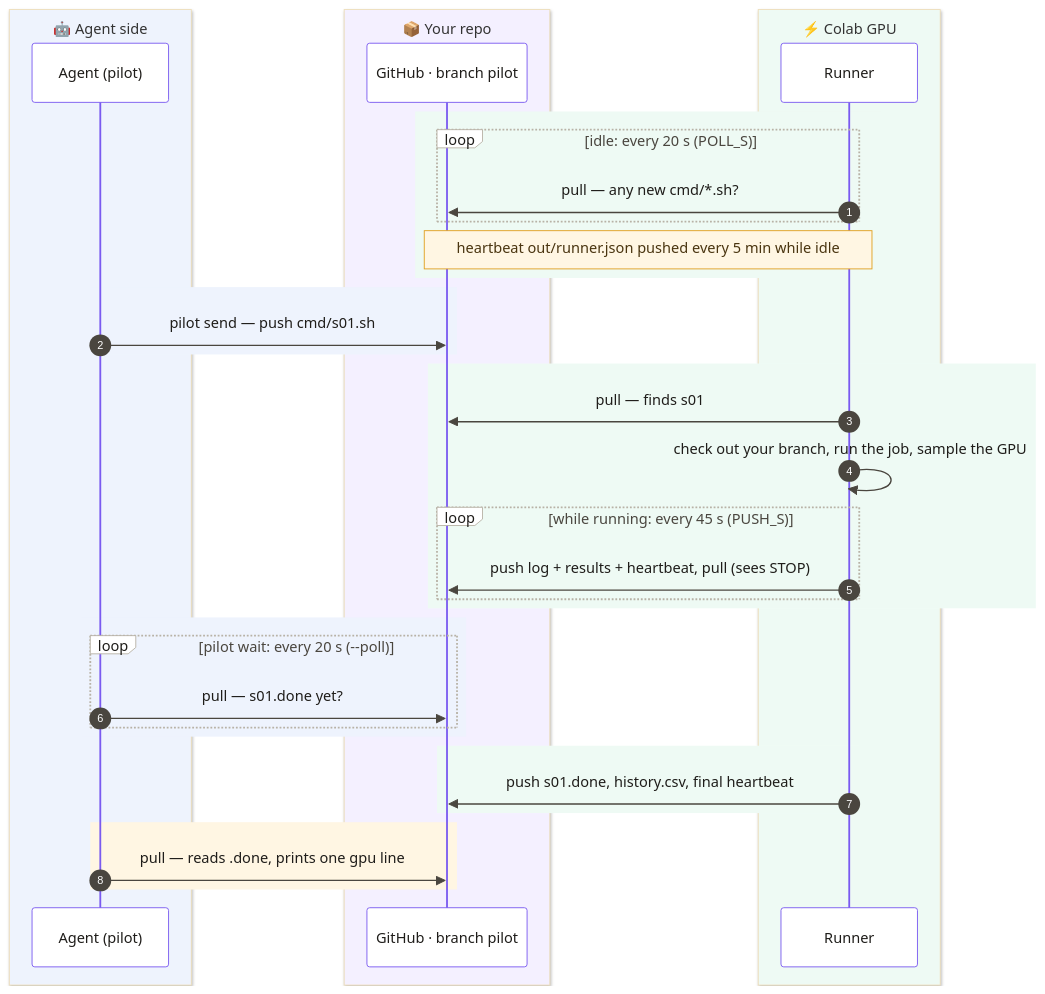
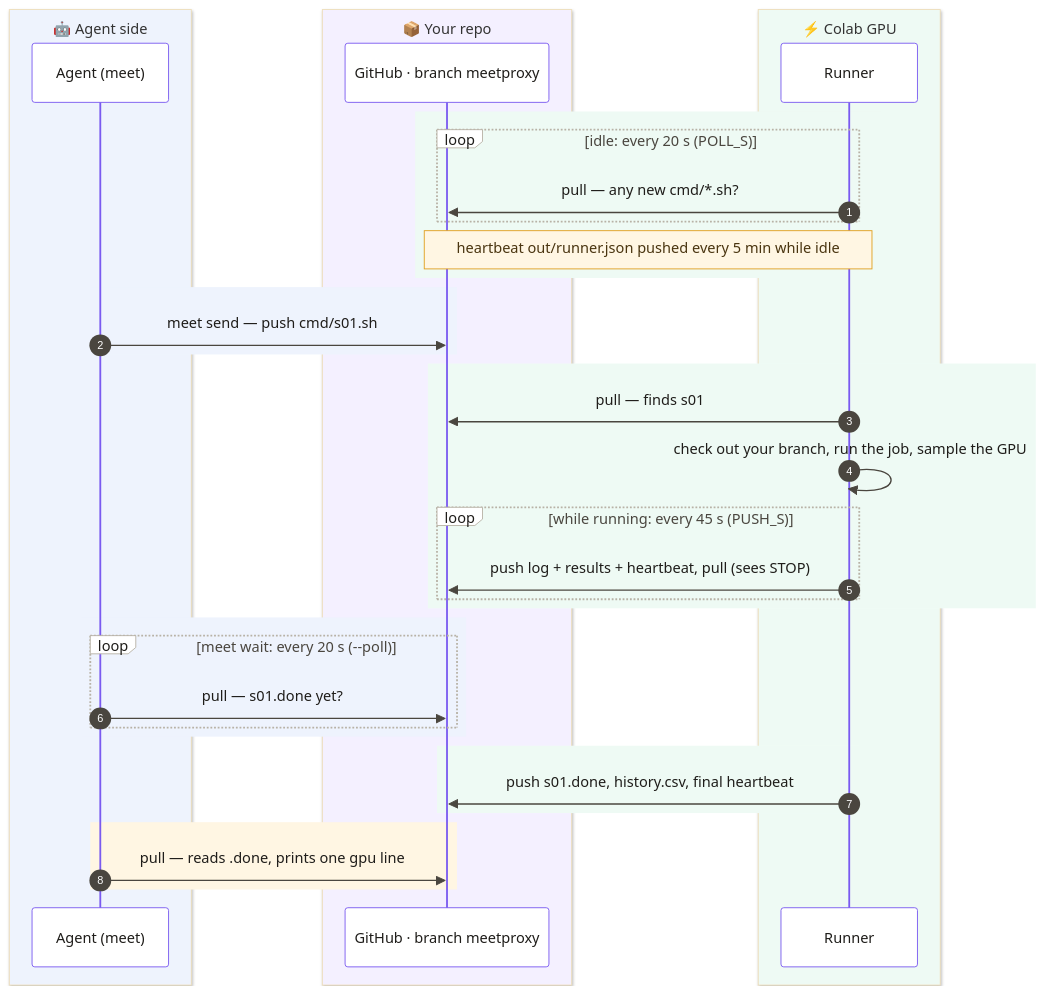
The third of 3 diagrams in docs/HOW-IT-WORKS.md (SergeyChere/MeetProxy), drawn with Mermaid before and after one commit. The commit also changed other lines of this file and 35 other files, not shown here.

First line of the commit message:
Rename: colab-pilot -> MeetProxy (0.6.0)

````diff
--- a/docs/HOW-IT-WORKS.md
+++ b/docs/HOW-IT-WORKS.md
@@ -108,47 +108,47 @@
 ```mermaid
 %%{init: {"theme": "base", "themeVariables": {"actorBkg": "#ffffff", "actorBorder": "#7a5af0", "actorTextColor": "#1f1d1a", "signalColor": "#4a463f", "signalTextColor": "#1f1d1a", "noteBkgColor": "#fff6e3", "noteBorderColor": "#e0a020", "noteTextColor": "#4a3510", "sequenceNumberColor": "#ffffff", "loopTextColor": "#4a463f", "labelBoxBkgColor": "#ffffff", "labelBoxBorderColor": "#b8b2a6"}}}%%
 sequenceDiagram
     autonumber
     box rgb(238,243,253) 🤖 Agent side
-        participant A as Agent (pilot)
+        participant A as Agent (meet)
     end
     box rgb(244,240,255) 📦 Your repo
-        participant G as GitHub · branch pilot
+        participant G as GitHub · branch meetproxy
     end
     box rgb(238,250,244) ⚡ Colab GPU
         participant R as Runner
     end
 
     rect rgb(238,250,244)
         loop idle: every 20 s (POLL_S)
             R->>G: pull — any new cmd/*.sh?
         end
         Note over G,R: heartbeat out/runner.json pushed every 5 min while idle
     end
 
     rect rgb(238,243,253)
-        A->>G: pilot send — push cmd/s01.sh
+        A->>G: meet send — push cmd/s01.sh
     end
 
     rect rgb(238,250,244)
         R->>G: pull — finds s01
         R->>R: check out your branch, run the job, sample the GPU
         loop while running: every 45 s (PUSH_S)
             R->>G: push log + results + heartbeat, pull (sees STOP)
         end
     end
 
     rect rgb(238,243,253)
-        loop pilot wait: every 20 s (--poll)
+        loop meet wait: every 20 s (--poll)
             A->>G: pull — s01.done yet?
         end
     end
 
     rect rgb(238,250,244)
         R->>G: push s01.done, history.csv, final heartbeat
     end
 
     rect rgb(255,246,227)
         A->>G: pull — reads .done, prints one gpu line
     end
 ```
````
